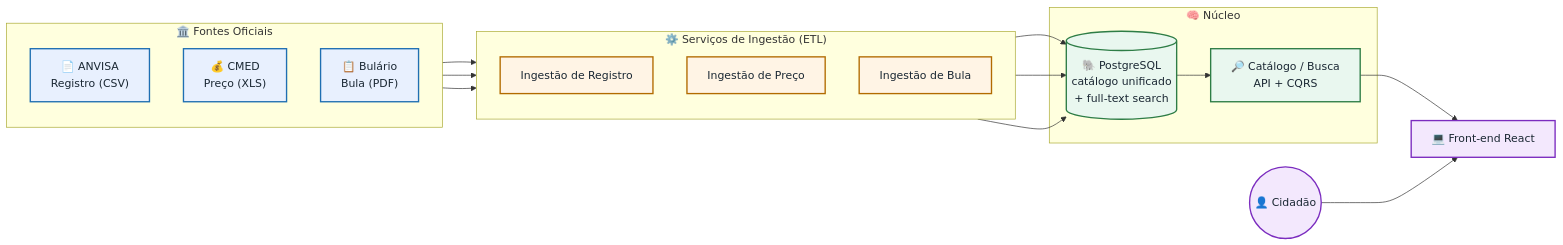
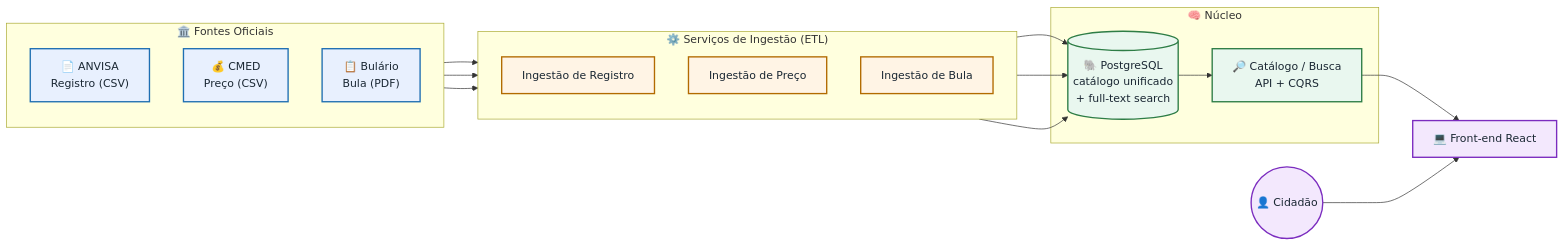
The diagram in README.md (igormsnogueira/remedin), drawn with Mermaid before and after one commit. The commit also changed other lines of this file and 13 other files, not shown here.

````diff
--- a/README.md
+++ b/README.md
@@ -43,44 +47,44 @@
 ```mermaid
 flowchart LR
     subgraph Fontes["🏛️ Fontes Oficiais"]
         direction TB
         A["📄 ANVISA<br/>Registro (CSV)"]
-        B["💰 CMED<br/>Preço (XLS)"]
+        B["💰 CMED<br/>Preço (CSV)"]
         C["📋 Bulário<br/>Bula (PDF)"]
     end
 
     subgraph Ingestao["⚙️ Serviços de Ingestão (ETL)"]
         direction TB
         IR["Ingestão de Registro"]
         IP["Ingestão de Preço"]
         IB["Ingestão de Bula"]
     end
 
     subgraph Nucleo["🧠 Núcleo"]
         DB[("🐘 PostgreSQL<br/>catálogo unificado<br/>+ full-text search")]
         CB["🔎 Catálogo / Busca<br/>API + CQRS"]
     end
 
     FE["💻 Front-end React"]
     U(("👤 Cidadão"))
 
     A --> IR
     B --> IP
     C --> IB
     IR --> DB
     IP --> DB
     IB --> DB
     DB --> CB
     CB --> FE
     U --> FE
 
     classDef fonte fill:#E8F0FE,stroke:#1F6FB2,stroke-width:2px,color:#1A2733;
     classDef etl fill:#FFF4E5,stroke:#B26B00,stroke-width:2px,color:#1A2733;
     classDef nucleo fill:#E9F7EF,stroke:#2E7D46,stroke-width:2px,color:#1A2733;
     classDef ui fill:#F3E8FD,stroke:#7B2CBF,stroke-width:2px,color:#1A2733;
 
     class A,B,C fonte;
     class IR,IP,IB etl;
     class DB,CB nucleo;
     class FE,U ui;
 ```
````
